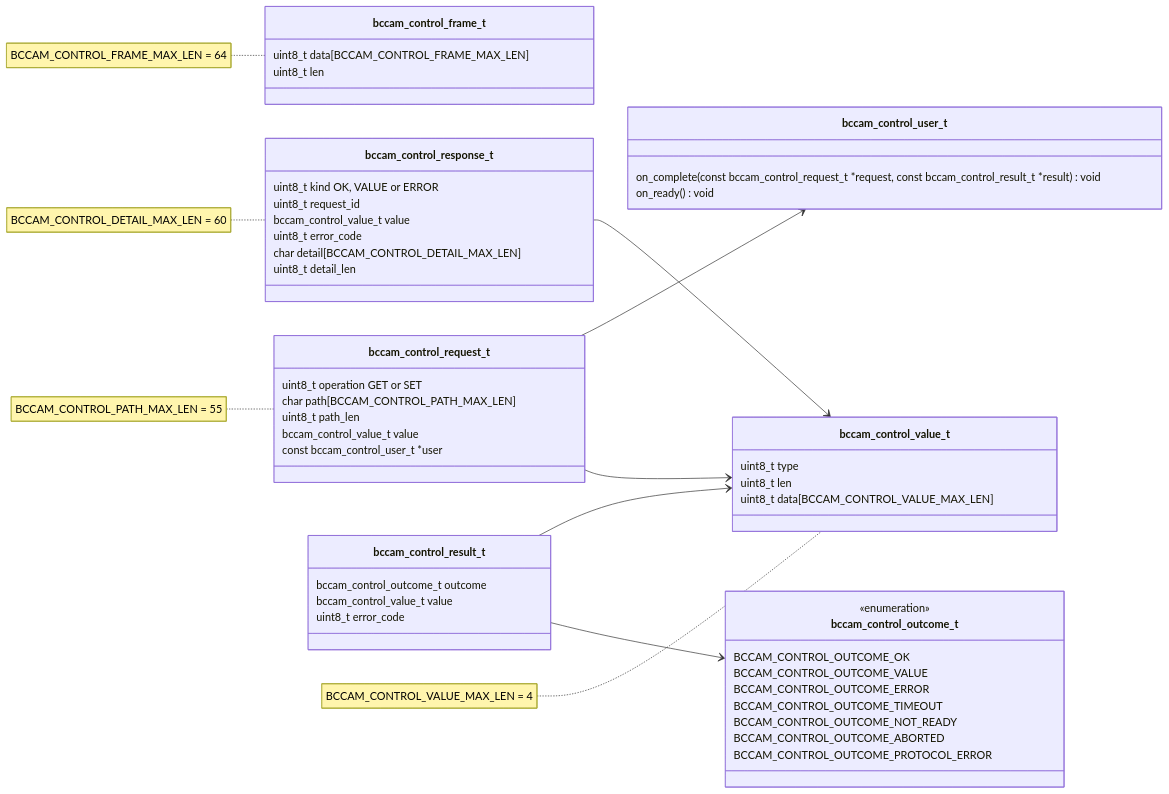
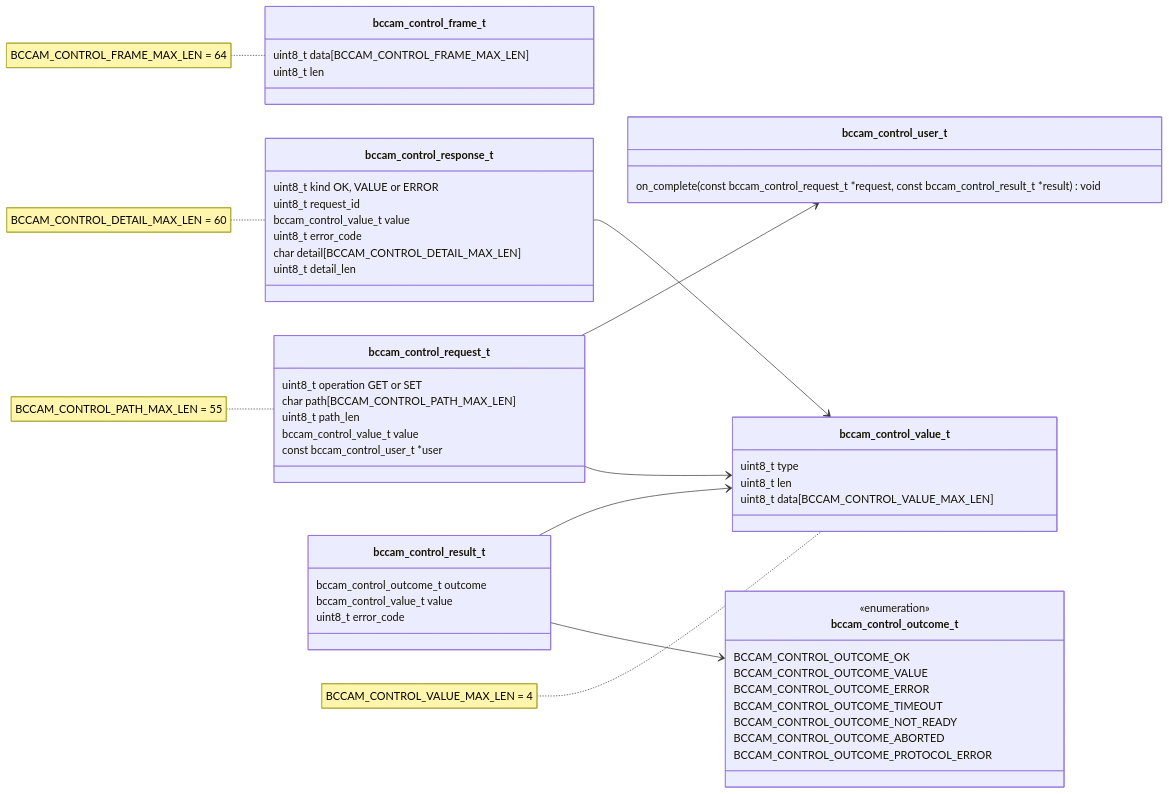
The second of 9 diagrams in docs/functional-areas/camera-deck-control.md (bitcraze/crazyflie-firmware), drawn with Mermaid before and after one commit. The commit also changed other lines of this file, not shown here.

Commit message:
Drop on_ready function

````diff
--- a/docs/functional-areas/camera-deck-control.md
+++ b/docs/functional-areas/camera-deck-control.md
@@ -208,64 +206,63 @@
 ```mermaid
 classDiagram
     direction LR
 
     class bccam_control_frame_t {
         uint8_t data[BCCAM_CONTROL_FRAME_MAX_LEN]
         uint8_t len
     }
     note for bccam_control_frame_t "BCCAM_CONTROL_FRAME_MAX_LEN = 64"
 
     class bccam_control_response_t {
         uint8_t kind OK, VALUE or ERROR
         uint8_t request_id
         bccam_control_value_t value
         uint8_t error_code
         char detail[BCCAM_CONTROL_DETAIL_MAX_LEN]
         uint8_t detail_len
     }
     note for bccam_control_response_t "BCCAM_CONTROL_DETAIL_MAX_LEN = 60"
 
     class bccam_control_request_t {
         uint8_t operation GET or SET
         char path[BCCAM_CONTROL_PATH_MAX_LEN]
         uint8_t path_len
         bccam_control_value_t value
         const bccam_control_user_t *user
     }
     note for bccam_control_request_t "BCCAM_CONTROL_PATH_MAX_LEN = 55"
 
     class bccam_control_user_t {
         on_complete(const bccam_control_request_t *request, const bccam_control_result_t *result) void
-        on_ready() void
     }
 
     class bccam_control_result_t {
         bccam_control_outcome_t outcome
         bccam_control_value_t value
         uint8_t error_code
     }
 
     class bccam_control_outcome_t {
         <<enumeration>>
         BCCAM_CONTROL_OUTCOME_OK
         BCCAM_CONTROL_OUTCOME_VALUE
         BCCAM_CONTROL_OUTCOME_ERROR
         BCCAM_CONTROL_OUTCOME_TIMEOUT
         BCCAM_CONTROL_OUTCOME_NOT_READY
         BCCAM_CONTROL_OUTCOME_ABORTED
         BCCAM_CONTROL_OUTCOME_PROTOCOL_ERROR
     }
 
     class bccam_control_value_t {
         uint8_t type
         uint8_t len
         uint8_t data[BCCAM_CONTROL_VALUE_MAX_LEN]
     }
     note for bccam_control_value_t "BCCAM_CONTROL_VALUE_MAX_LEN = 4"
 
     bccam_control_result_t --> bccam_control_outcome_t
     bccam_control_request_t --> bccam_control_value_t
     bccam_control_request_t --> bccam_control_user_t
     bccam_control_result_t --> bccam_control_value_t
     bccam_control_response_t --> bccam_control_value_t
 ```
````
